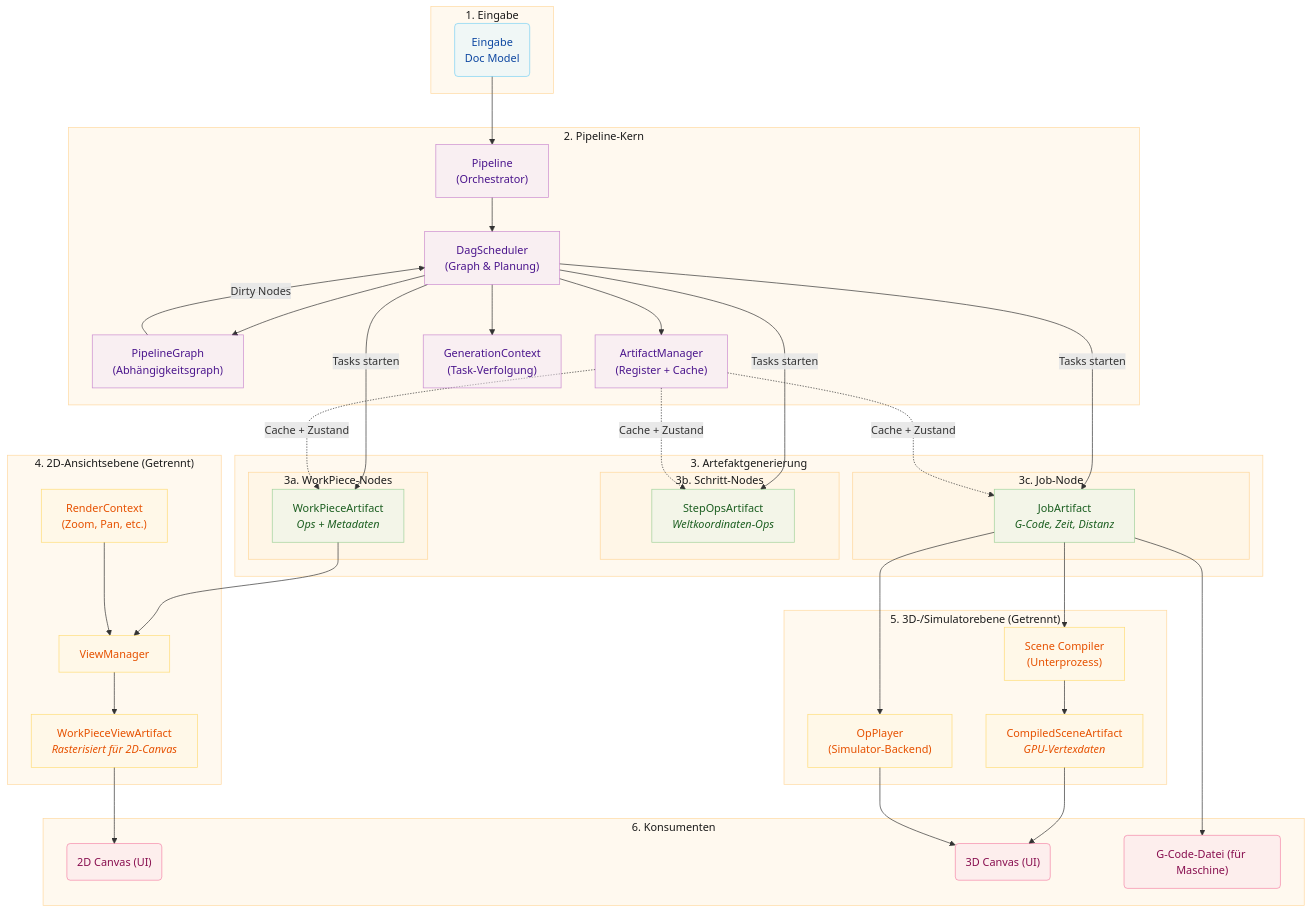
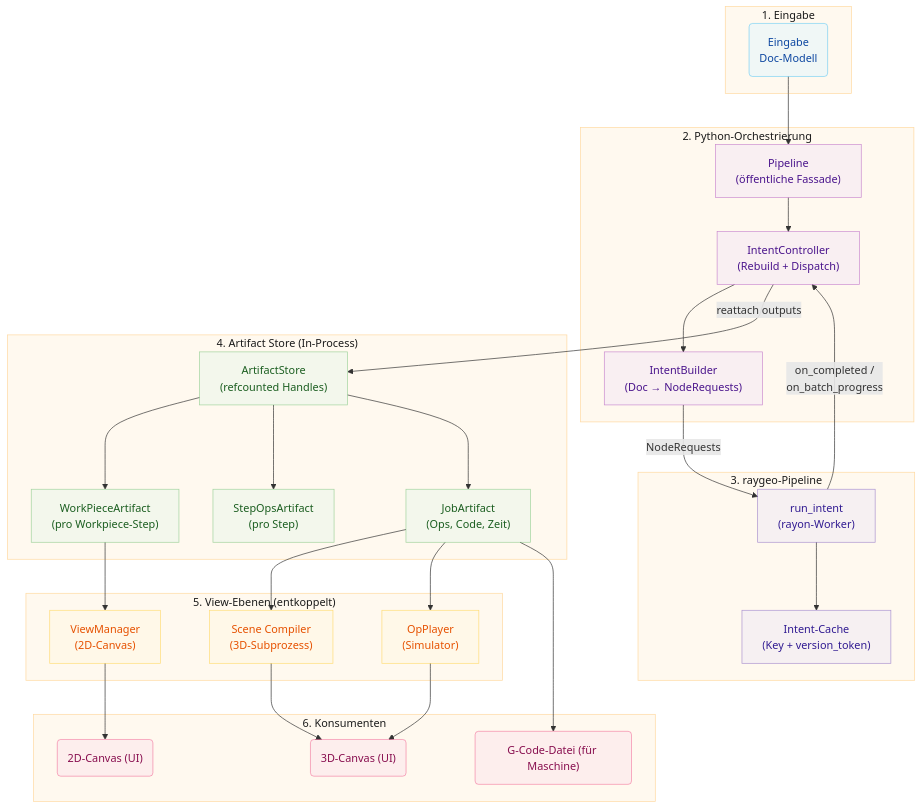
Before and after one commit to barebaric/rayforge: the diagram in website/i18n/de/docusaurus-plugin-content-docs/current/developer/pipeline.md, drawn with Mermaid. The commit also changed other lines of this file and 7 other files, not shown here.

````diff
--- a/website/i18n/de/docusaurus-plugin-content-docs/current/developer/pipeline.md
+++ b/website/i18n/de/docusaurus-plugin-content-docs/current/developer/pipeline.md
@@ -10,87 +18,71 @@
 ```mermaid
 graph TD
     subgraph Input["1. Eingabe"]
-        InputNode("Eingabe<br/>Doc Model")
+        InputNode("Eingabe<br/>Doc-Modell")
     end
 
-    subgraph PipelineCore["2. Pipeline-Kern"]
-        Pipeline["Pipeline<br/>(Orchestrator)"]
-        DAG["DagScheduler<br/>(Graph & Planung)"]
-        Graph["PipelineGraph<br/>(Abhängigkeitsgraph)"]
-        AM["ArtifactManager<br/>(Register + Cache)"]
-        GC["GenerationContext<br/>(Task-Verfolgung)"]
+    subgraph PythonOrchestrator["2. Python-Orchestrierung"]
+        Pipeline["Pipeline<br/>(öffentliche Fassade)"]
+        IC["IntentController<br/>(Rebuild + Dispatch)"]
+        IB["IntentBuilder<br/>(Doc &rarr; NodeRequests)"]
     end
 
-    subgraph ArtifactGen["3. Artefaktgenerierung"]
-        subgraph WorkPieceNodes["3a. WorkPiece-Nodes"]
-            WP["WorkPieceArtifact<br/><i>Ops + Metadaten</i>"]
-        end
-
-        subgraph StepNodes["3b. Schritt-Nodes"]
-            SO["StepOpsArtifact<br/><i>Weltkoordinaten-Ops</i>"]
-        end
-
-        subgraph JobNode["3c. Job-Node"]
-            JA["JobArtifact<br/><i>G-Code, Zeit, Distanz</i>"]
-        end
+    subgraph Raygeo["3. raygeo-Pipeline"]
+        RI["run_intent<br/>(rayon-Worker)"]
+        Cache["Intent-Cache<br/>(Key + version_token)"]
     end
 
-    subgraph View2D["4. 2D-Ansichtsebene (Getrennt)"]
-        VM["ViewManager"]
-        RC["RenderContext<br/>(Zoom, Pan, etc.)"]
-        WV["WorkPieceViewArtifact<br/><i>Rasterisiert für 2D-Canvas</i>"]
+    subgraph Artifacts["4. Artifact Store (In-Process)"]
+        Store["ArtifactStore<br/>(refcounted Handles)"]
+        WP["WorkPieceArtifact<br/>(pro Workpiece-Step)"]
+        SO["StepOpsArtifact<br/>(pro Step)"]
+        JA["JobArtifact<br/>(Ops, Code, Zeit)"]
     end
 
-    subgraph View3D["5. 3D-/Simulatorebene (Getrennt)"]
-        SC["Scene Compiler<br/>(Unterprozess)"]
-        CS["CompiledSceneArtifact<br/><i>GPU-Vertexdaten</i>"]
-        OP["OpPlayer<br/>(Simulator-Backend)"]
+    subgraph View["5. View-Ebenen (entkoppelt)"]
+        VM["ViewManager<br/>(2D-Canvas)"]
+        SC["Scene Compiler<br/>(3D-Subprozess)"]
+        OP["OpPlayer<br/>(Simulator)"]
     end
 
     subgraph Consumers["6. Konsumenten"]
-        Vis2D("2D Canvas (UI)")
-        Vis3D("3D Canvas (UI)")
+        Vis2D("2D-Canvas (UI)")
+        Vis3D("3D-Canvas (UI)")
         File("G-Code-Datei (für Maschine)")
     end
 
     InputNode --> Pipeline
-    Pipeline --> DAG
-    DAG --> Graph
-    DAG --> AM
-    DAG --> GC
-
-    Graph -->|"Dirty Nodes"| DAG
-    DAG -->|"Tasks starten"| WP
-    DAG -->|"Tasks starten"| SO
-    DAG -->|"Tasks starten"| JA
-
-    AM -.->|"Cache + Zustand"| WP
-    AM -.->|"Cache + Zustand"| SO
-    AM -.->|"Cache + Zustand"| JA
+    Pipeline --> IC
+    IC --> IB
+    IB -->|"NodeRequests"| RI
+    RI -->|"on_completed /<br/>on_batch_progress"| IC
+    RI --> Cache
+    IC -->|"reattach outputs"| Store
+    Store --> WP
+    Store --> SO
+    Store --> JA
 
     WP --> VM
     JA --> SC
     JA --> OP
     JA --> File
 
-    RC --> VM
-    VM --> WV
-    WV --> Vis2D
-
-    SC --> CS
-    CS --> Vis3D
+    VM --> Vis2D
+    SC --> Vis3D
     OP --> Vis3D
 
     classDef clusterBox fill:#fff3e080,stroke:#ffb74d80,stroke-width:1px,color:#1a1a1a
     classDef inputNode fill:#e1f5fe80,stroke:#03a9f480,color:#0d47a1
-    classDef coreNode fill:#f3e5f580,stroke:#9c27b080,color:#4a148c
+    classDef pyNode fill:#f3e5f580,stroke:#9c27b080,color:#4a148c
+    classDef raygeoNode fill:#ede7f680,stroke:#5e35b180,color:#311b92
     classDef artifactNode fill:#e8f5e980,stroke:#4caf5080,color:#1b5e20
     classDef viewNode fill:#fff8e180,stroke:#ffc10780,color:#e65100
     classDef consumerNode fill:#fce4ec80,stroke:#e91e6380,color:#880e4f
-    class Input,PipelineCore,ArtifactGen,WorkPieceNodes,StepNodes,JobNode,View2D,View3D,Consumers clusterBox
+    class Input,PythonOrchestrator,Raygeo,Artifacts,View,Consumers clusterBox
     class InputNode inputNode
-    class Pipeline,DAG,Graph,AM,GC coreNode
-    class WP,SO,JA artifactNode
-    class VM,RC,WV,SC,CS,OP viewNode
+    class Pipeline,IC,IB pyNode
+    class RI,Cache raygeoNode
+    class Store,WP,SO,JA artifactNode
+    class VM,SC,OP viewNode
     class Vis2D,Vis3D,File consumerNode
 ```
````
